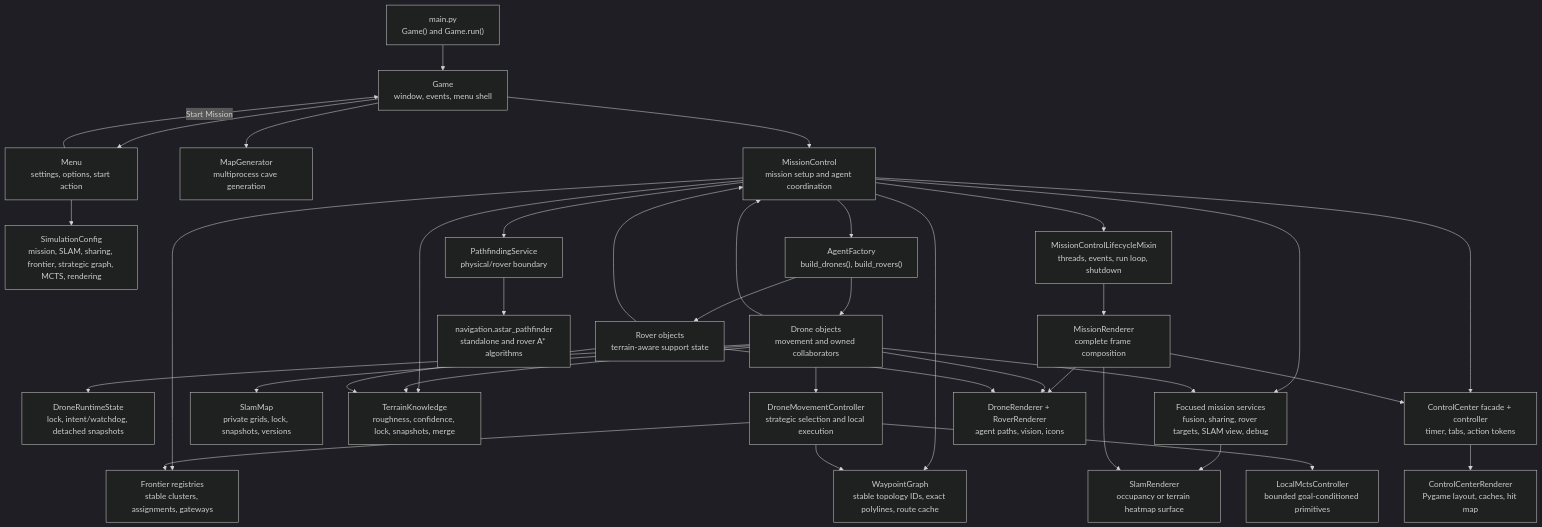
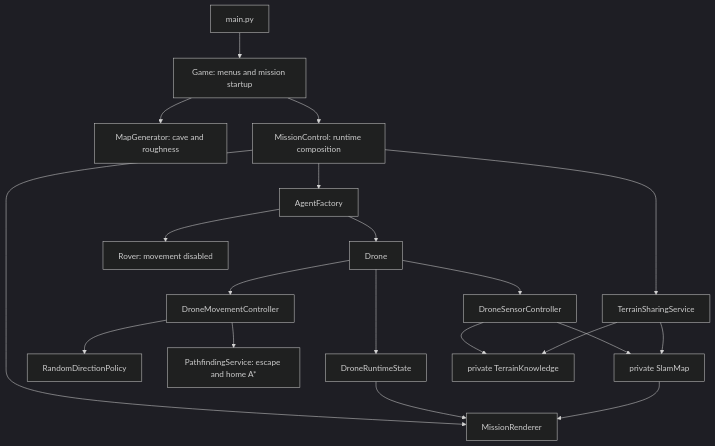
Before and after one commit to Gmark117/Cave_Game: the first of 2 diagrams in docs/CODEFLOW.md, drawn with Mermaid (dark theme). The commit also changed other lines of this file and 56 other files, not shown here.

````diff
--- a/docs/CODEFLOW.md
+++ b/docs/CODEFLOW.md
@@ -16,65 +8,22 @@
 ```mermaid
 flowchart TD
-    Main["main.py<br/>Game() and Game.run()"]
-    Game["Game<br/>window, events, menu shell"]
-    Menu["Menu<br/>settings, options, start action"]
-    Settings["SimulationConfig<br/>mission, SLAM, sharing, frontier, strategic graph, MCTS, rendering"]
-    MapGen["MapGenerator<br/>multiprocess cave generation"]
-    Mission["MissionControl<br/>mission setup and agent coordination"]
-    Lifecycle["MissionControlLifecycleMixin<br/>threads, events, run loop, shutdown"]
-    Factory["AgentFactory<br/>build_drones(), build_rovers()"]
-    Drones["Drone objects<br/>movement and owned collaborators"]
-    Runtime["DroneRuntimeState<br/>lock, intent/watchdog, detached snapshots"]
-    Movement["DroneMovementController<br/>strategic selection and local execution"]
-    Slam["SlamMap<br/>private grids, lock, snapshots, versions"]
-    Frontiers["Frontier registries<br/>stable clusters, assignments, gateways"]
-    Highway["WaypointGraph<br/>stable topology IDs, exact polylines, route cache"]
-    LocalMcts["LocalMctsController<br/>bounded goal-conditioned primitives"]
-    Rovers["Rover objects<br/>terrain-aware support state"]
-    Knowledge["TerrainKnowledge<br/>roughness, confidence, lock, snapshots, merge"]
-    Navigation["PathfindingService<br/>physical/rover boundary"]
-    Path["navigation.astar_pathfinder<br/>standalone and rover A* algorithms"]
-    Terrain["Focused mission services<br/>fusion, sharing, rover targets, SLAM view, debug"]
-    UI["ControlCenter facade + controller<br/>timer, tabs, action tokens"]
-    ControlRender["ControlCenterRenderer<br/>Pygame layout, caches, hit map"]
-    Render["SlamRenderer<br/>occupancy or terrain heatmap surface"]
-    SceneRender["MissionRenderer<br/>complete frame composition"]
-    AgentsRender["DroneRenderer + RoverRenderer<br/>agent paths, vision, icons"]
-
-    Main --> Game
-    Game --> Menu
-    Menu --> Settings
-    Menu -->|"Start Mission"| Game
-    Game --> MapGen
-    Game --> Mission
-    Mission --> Lifecycle
-    Mission --> Factory
-    Factory --> Drones
-    Drones --> Runtime
-    Drones --> Movement
-    Drones --> Slam
-    Mission --> Frontiers
-    Mission --> Highway
-    Movement --> Frontiers
-    Movement --> Highway
-    Movement --> LocalMcts
-    Factory --> Rovers
-    Mission --> Knowledge
-    Drones --> Knowledge
-    Rovers --> Knowledge
-    Mission --> Navigation
-    Navigation --> Path
-    Mission --> Terrain
-    Mission --> UI
-    UI --> ControlRender
-    Terrain --> Render
-    Lifecycle --> SceneRender
-    SceneRender --> Render
-    SceneRender --> AgentsRender
-    SceneRender --> UI
-    Drones --> AgentsRender
-    Rovers --> AgentsRender
-    Drones --> Mission
-    Drones --> Terrain
-    Rovers --> Mission
+    Main["main.py"] --> Game["Game: menus and mission startup"]
+    Game --> Map["MapGenerator: cave and roughness"]
+    Game --> Mission["MissionControl: runtime composition"]
+    Mission --> Factory["AgentFactory"]
+    Factory --> Drone["Drone"]
+    Factory --> Rover["Rover: movement disabled"]
+    Drone --> Movement["DroneMovementController"]
+    Drone --> Sensor["DroneSensorController"]
+    Drone --> State["DroneRuntimeState"]
+    Movement --> Random["RandomDirectionPolicy"]
+    Movement --> AStar["PathfindingService: escape and home A*"]
+    Sensor --> Slam["private SlamMap"]
+    Sensor --> Terrain["private TerrainKnowledge"]
+    Mission --> Sharing["TerrainSharingService"]
+    Sharing --> Slam
+    Sharing --> Terrain
+    Mission --> Render["MissionRenderer"]
+    State --> Render
+    Slam --> Render
 ```
````
